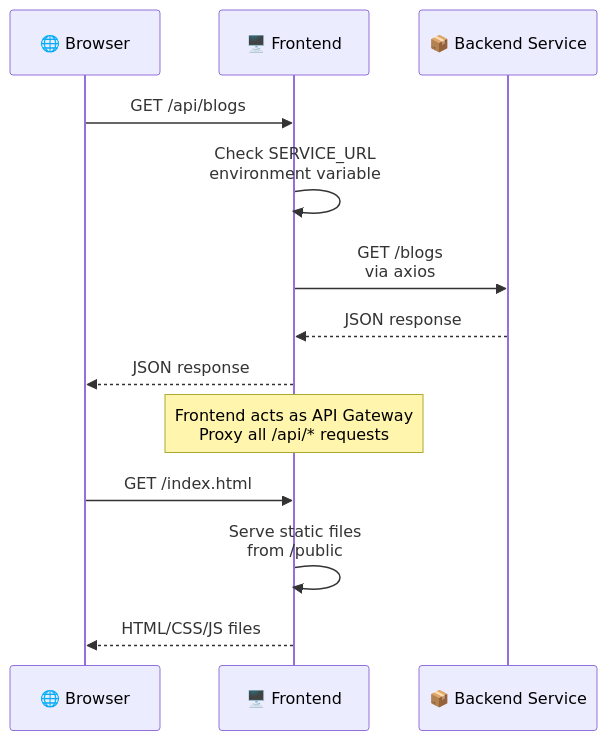
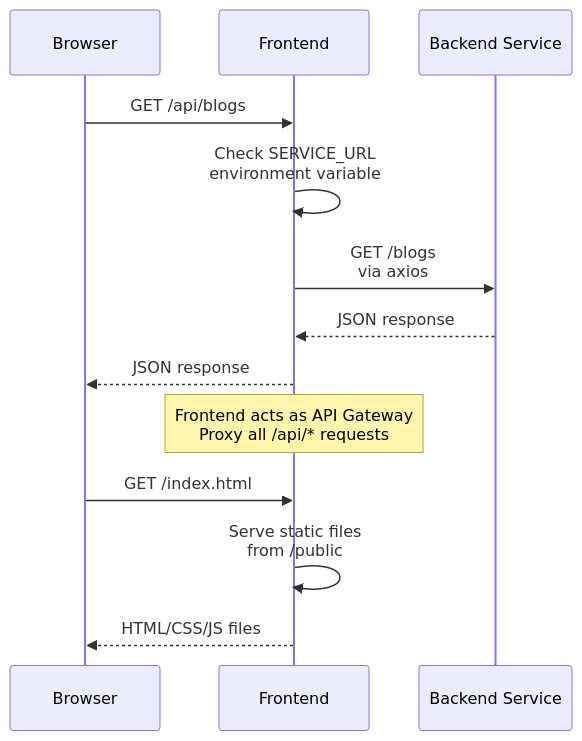
One commit to vvt911/blog-microservices changed the fifth of 9 diagrams in docs/architecture-diagrams.md. Above: the diagram before and after it, drawn with Mermaid. The commit also changed other lines of this file, not shown here.

````diff
--- a/docs/architecture-diagrams.md
+++ b/docs/architecture-diagrams.md
@@ -168,18 +168,18 @@
 ```mermaid
 sequenceDiagram
-    participant B as 🌐 Browser
-    participant F as 🖥️ Frontend
-    participant S as 📦 Backend Service
+    participant B as Browser
+    participant F as Frontend
+    participant S as Backend Service
     
     B->>F: GET /api/blogs
     F->>F: Check SERVICE_URL<br/>environment variable
     F->>S: GET /blogs<br/>via axios
     S-->>F: JSON response
     F-->>B: JSON response
     
     Note over F: Frontend acts as API Gateway<br/>Proxy all /api/* requests
     
     B->>F: GET /index.html
     F->>F: Serve static files<br/>from /public
     F-->>B: HTML/CSS/JS files
 ```
````
